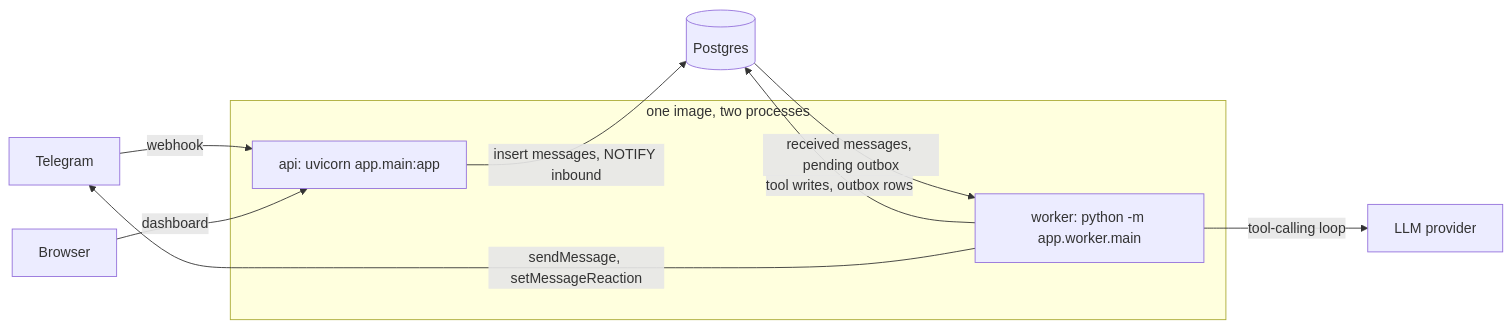
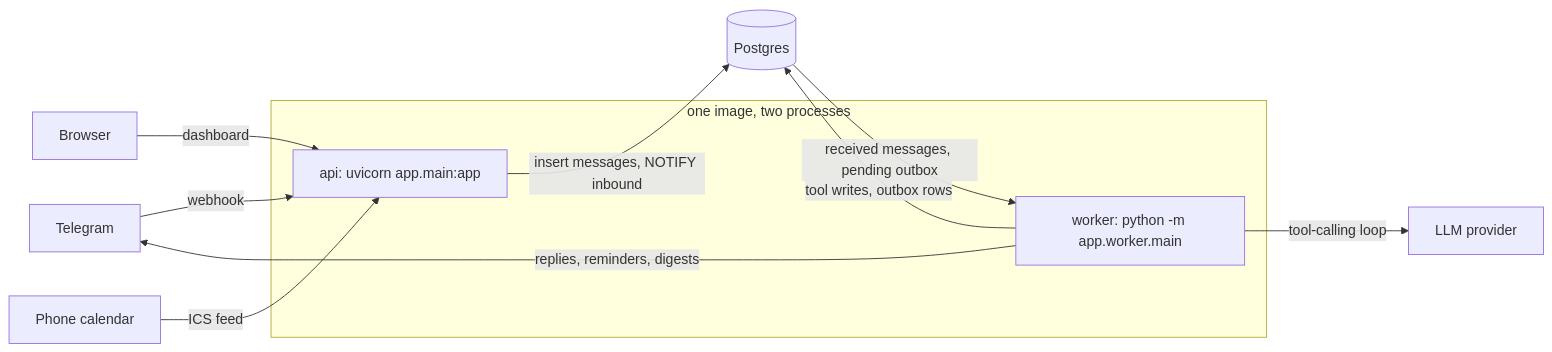
Before and after one commit to olamide226/houseagent: the diagram in docs/architecture.md, drawn with Mermaid. The commit also changed other lines of this file and 12 other files, not shown here.

Commit message:
docs: calendar, reminders, quiet hours, worker jobs, the feed, and ADRs 0012 to 0015

````diff
--- a/docs/architecture.md
+++ b/docs/architecture.md
@@ -5,14 +5,15 @@
 ```mermaid
 flowchart LR
     TG[Telegram] -- webhook --> API
     Browser -- dashboard --> API
+    Cal[Phone calendar] -- "ICS feed" --> API
     subgraph image[one image, two processes]
         API[api: uvicorn app.main:app]
         W[worker: python -m app.worker.main]
     end
     API -- "insert messages, NOTIFY inbound" --> PG[(Postgres)]
     PG -- "received messages, pending outbox" --> W
     W -- "tool writes, outbox rows" --> PG
     W -- tool-calling loop --> LLM[LLM provider]
-    W -- "sendMessage, setMessageReaction" --> TG
+    W -- "replies, reminders, digests" --> TG
 ```
````
